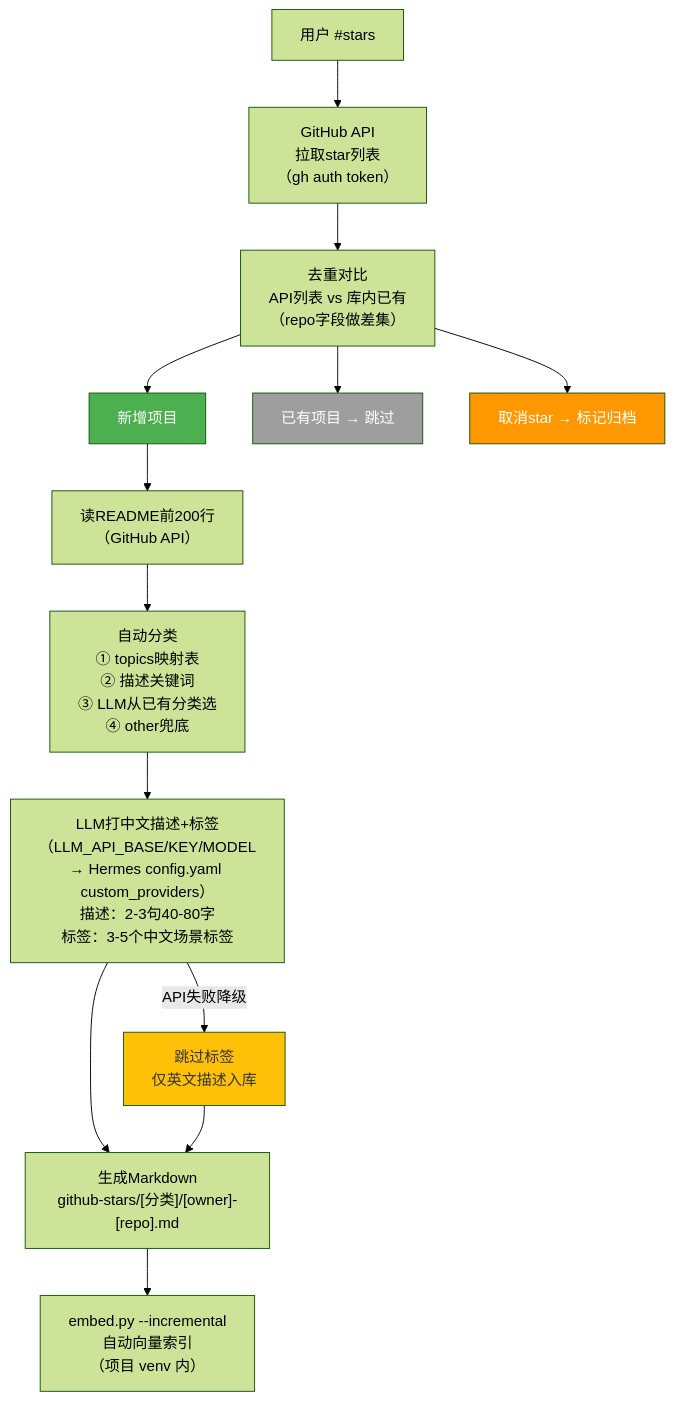
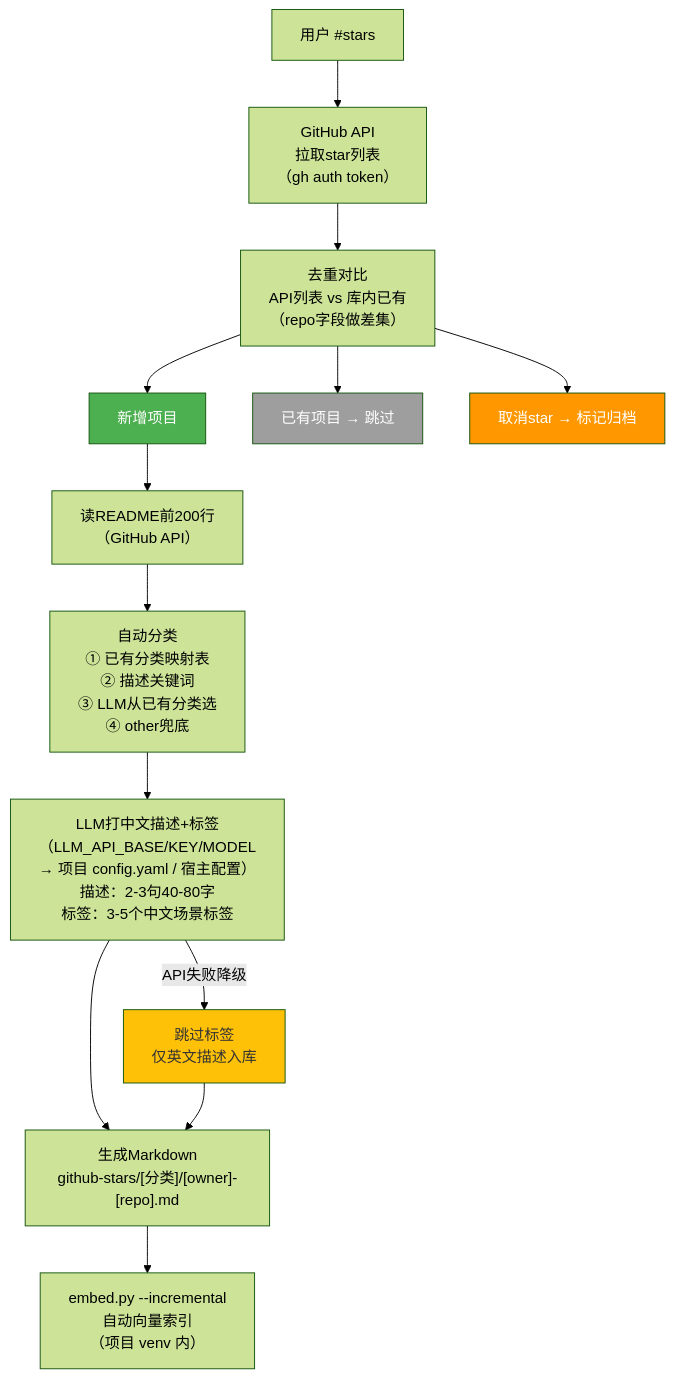
One commit to zhe97396-tech/llm-wiki-copilot changed the eighth of 9 diagrams in docs/architecture-flowcharts.md. Above: the diagram before and after it, drawn with Mermaid (forest theme). The commit also changed other lines of this file and 16 other files, not shown here.

````diff
--- a/docs/architecture-flowcharts.md
+++ b/docs/architecture-flowcharts.md
@@ -419,22 +419,22 @@
 ```mermaid
 flowchart TD
     START["用户 #stars"] --> API["GitHub API<br/>拉取star列表<br/>（gh auth token）"]
     API --> DIFF["去重对比<br/>API列表 vs 库内已有<br/>（repo字段做差集）"]
 
     DIFF --> NEW["新增项目"]
     DIFF --> SKIP["已有项目 → 跳过"]
     DIFF --> UNSTAR["取消star → 标记归档"]
 
     NEW --> README["读README前200行<br/>（GitHub API）"]
-    README --> CLASSIFY["自动分类<br/>① topics映射表<br/>② 描述关键词<br/>③ LLM从已有分类选<br/>④ other兜底"]
-    CLASSIFY --> LLM["LLM打中文描述+标签<br/>（LLM_API_BASE/KEY/MODEL<br/>→ Hermes config.yaml custom_providers）<br/>描述：2-3句40-80字<br/>标签：3-5个中文场景标签"]
+    README --> CLASSIFY["自动分类<br/>① 已有分类映射表<br/>② 描述关键词<br/>③ LLM从已有分类选<br/>④ other兜底"]
+    CLASSIFY --> LLM["LLM打中文描述+标签<br/>（LLM_API_BASE/KEY/MODEL<br/>→ 项目 config.yaml / 宿主配置）<br/>描述：2-3句40-80字<br/>标签：3-5个中文场景标签"]
     LLM --> |"API失败降级"| LLM_FALL["跳过标签<br/>仅英文描述入库"]
     LLM --> GEN["生成Markdown<br/>github-stars/[分类]/[owner]-[repo].md"]
     LLM_FALL --> GEN
     GEN --> INDEX["embed.py --incremental<br/>自动向量索引<br/>（项目 venv 内）"]
 
     style NEW fill:#4CAF50,color:#fff
     style SKIP fill:#9E9E9E,color:#fff
     style UNSTAR fill:#FF9800,color:#fff
     style LLM_FALL fill:#FFC107,color:#333
 ```
````
